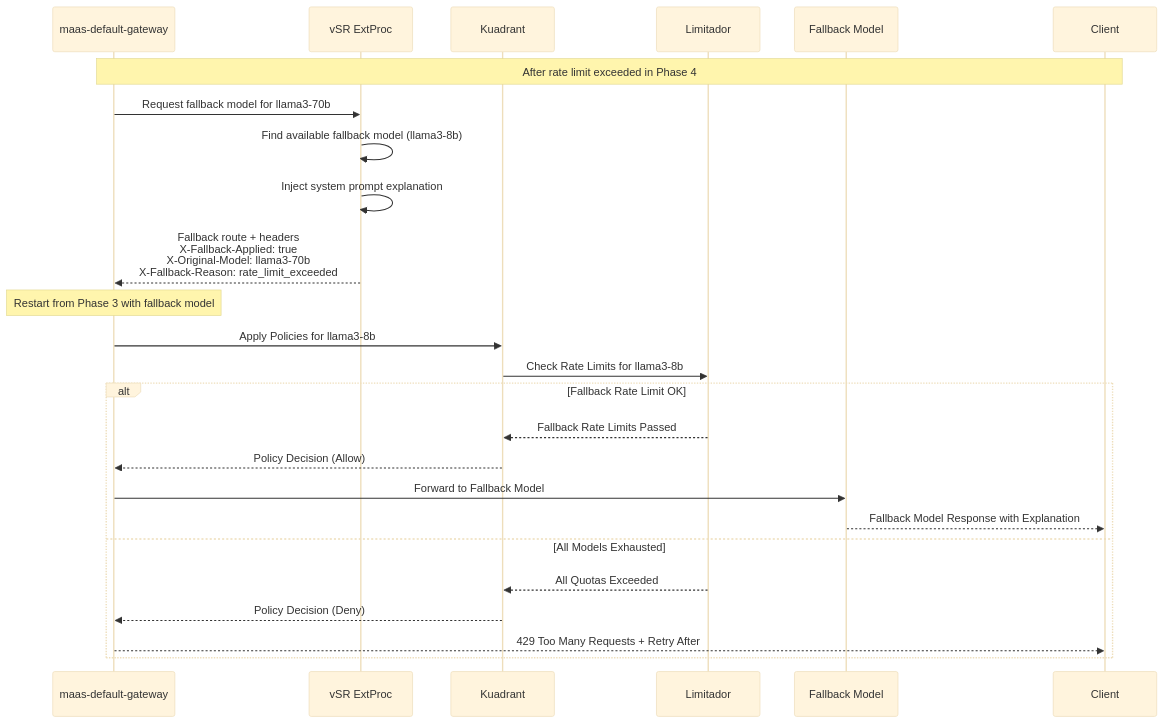
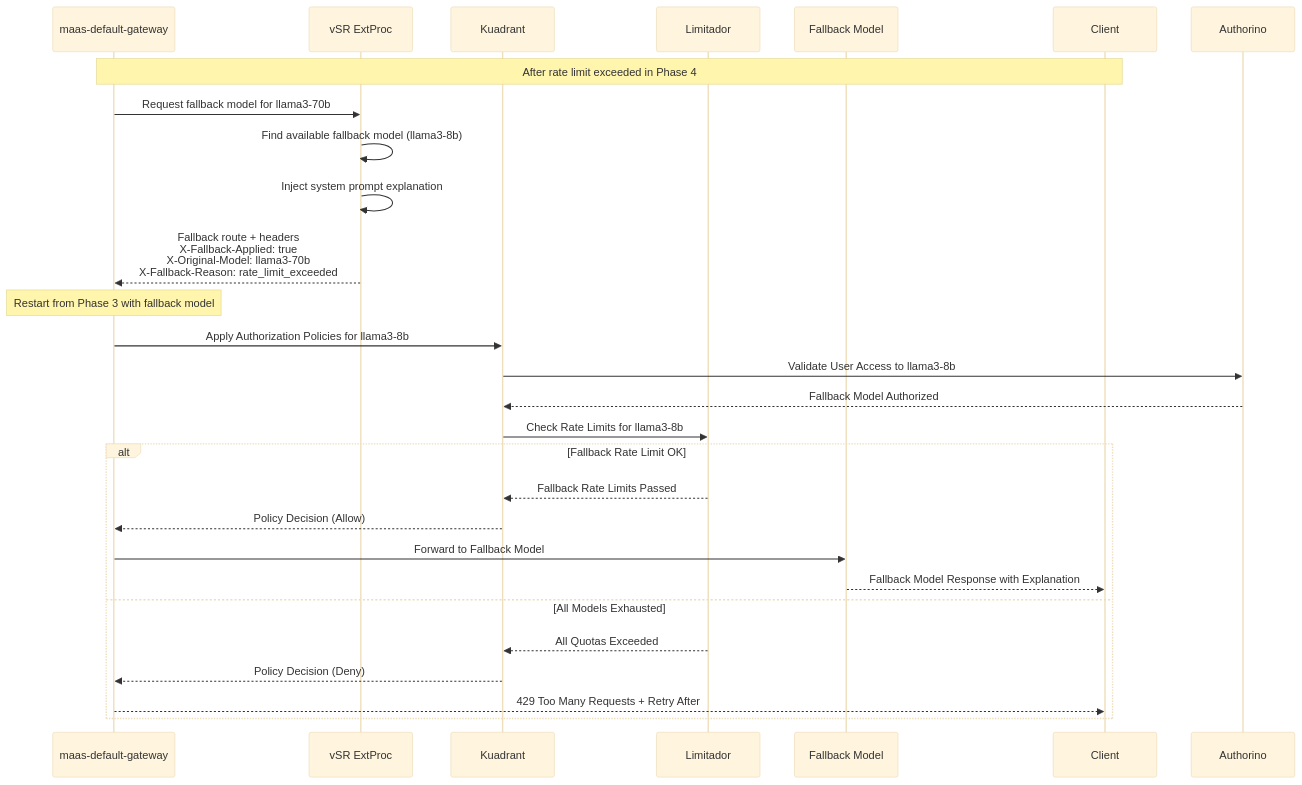
Diagram 13 of 15 in docs/designs/vSR-Integration/README.md (noyitz/maas-billing), drawn with Mermaid (base theme) before and after one commit. The commit also changed other lines of this file, not shown here.

First line of the commit message:
Update fallback phase to 4.5 and add re-authorization flow

````diff
--- a/docs/designs/vSR-Integration/README.md
+++ b/docs/designs/vSR-Integration/README.md
@@ -490,30 +490,32 @@
 ```mermaid
 sequenceDiagram
     participant Gateway as maas-default-gateway
     participant vSR as vSR ExtProc
     participant Kuadrant
     participant Limitador
     participant KServe as Fallback Model
     participant Client
     
     Note over Gateway,Client: After rate limit exceeded in Phase 4
     Gateway->>vSR: Request fallback model for llama3-70b
     vSR->>vSR: Find available fallback model (llama3-8b)
     vSR->>vSR: Inject system prompt explanation
     vSR-->>Gateway: Fallback route + headers<br/>X-Fallback-Applied: true<br/>X-Original-Model: llama3-70b<br/>X-Fallback-Reason: rate_limit_exceeded
     
     Note over Gateway: Restart from Phase 3 with fallback model
-    Gateway->>Kuadrant: Apply Policies for llama3-8b
+    Gateway->>Kuadrant: Apply Authorization Policies for llama3-8b
+    Kuadrant->>Authorino: Validate User Access to llama3-8b
+    Authorino-->>Kuadrant: Fallback Model Authorized
     Kuadrant->>Limitador: Check Rate Limits for llama3-8b
     
     alt Fallback Rate Limit OK
         Limitador-->>Kuadrant: Fallback Rate Limits Passed
         Kuadrant-->>Gateway: Policy Decision (Allow)
         Gateway->>KServe: Forward to Fallback Model
         KServe-->>Client: Fallback Model Response with Explanation
     else All Models Exhausted
         Limitador-->>Kuadrant: All Quotas Exceeded
         Kuadrant-->>Gateway: Policy Decision (Deny)
         Gateway-->>Client: 429 Too Many Requests + Retry After
     end
 ```
````
